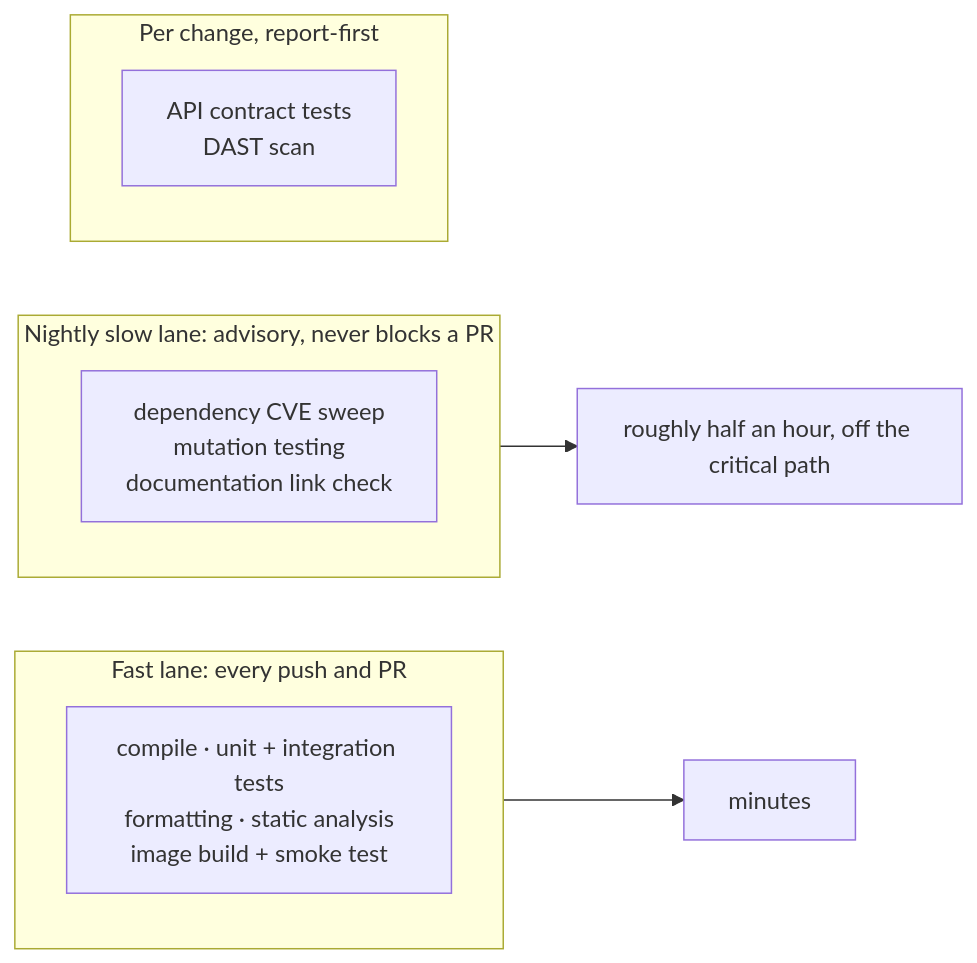
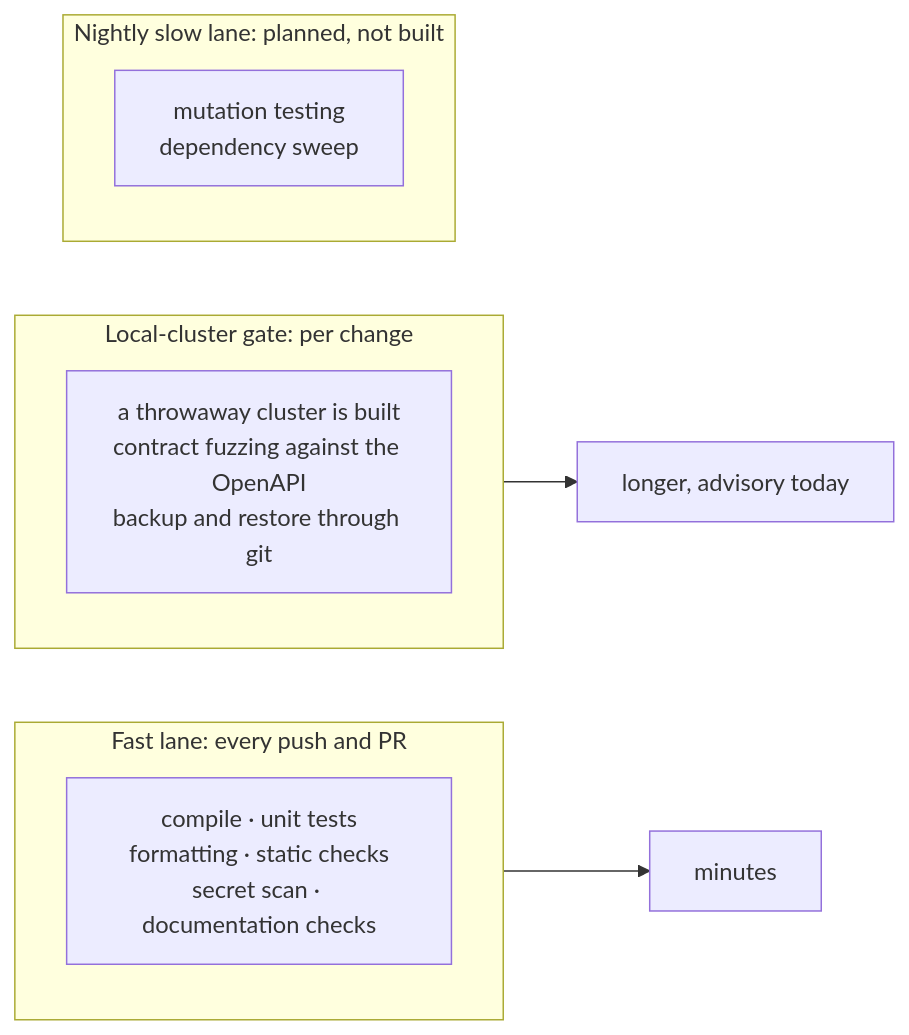
One commit to schultzzznet/schultzzznet changed the diagram in docs/quality.md. Above: the diagram before and after it, drawn with Mermaid. The commit also changed other lines of this file and 30 other files, not shown here.

````diff
--- a/docs/quality.md
+++ b/docs/quality.md
@@ -43,14 +52,14 @@
 ```mermaid
 flowchart LR
   subgraph FAST["Fast lane: every push and PR"]
-    A["compile · unit + integration tests<br/>formatting · static analysis<br/>image build + smoke test"]
+    A["compile · unit tests<br/>formatting · static checks<br/>secret scan · documentation checks"]
   end
-  subgraph SLOW["Nightly slow lane: advisory, never blocks a PR"]
-    B["dependency CVE sweep<br/>mutation testing<br/>documentation link check"]
+  subgraph KIND["Local-cluster gate: per change"]
+    B["a throwaway cluster is built<br/>contract fuzzing against the OpenAPI<br/>backup and restore through git"]
   end
-  subgraph CHG["Per change, report-first"]
-    C["API contract tests<br/>DAST scan"]
+  subgraph SLOW["Nightly slow lane: planned, not built"]
+    C["mutation testing<br/>dependency sweep"]
   end
   FAST --> M["minutes"]
-  SLOW --> N["roughly half an hour, off the critical path"]
+  KIND --> N["longer, advisory today"]
 ```
````
